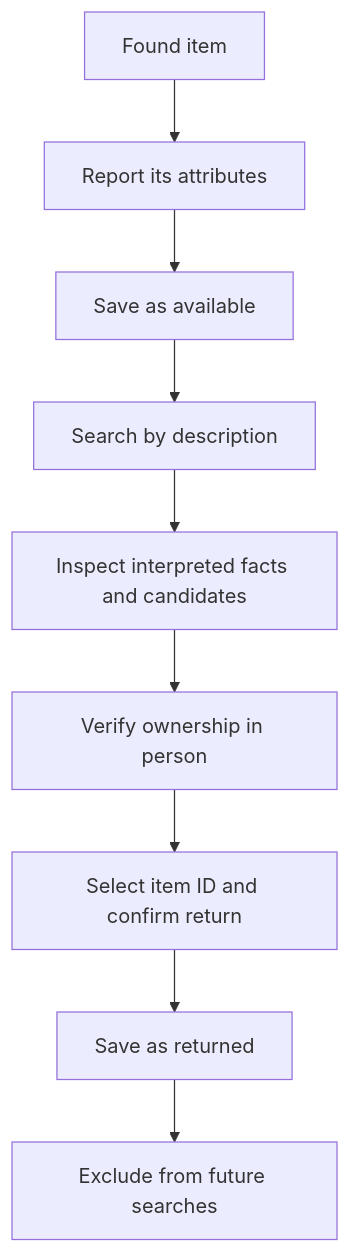
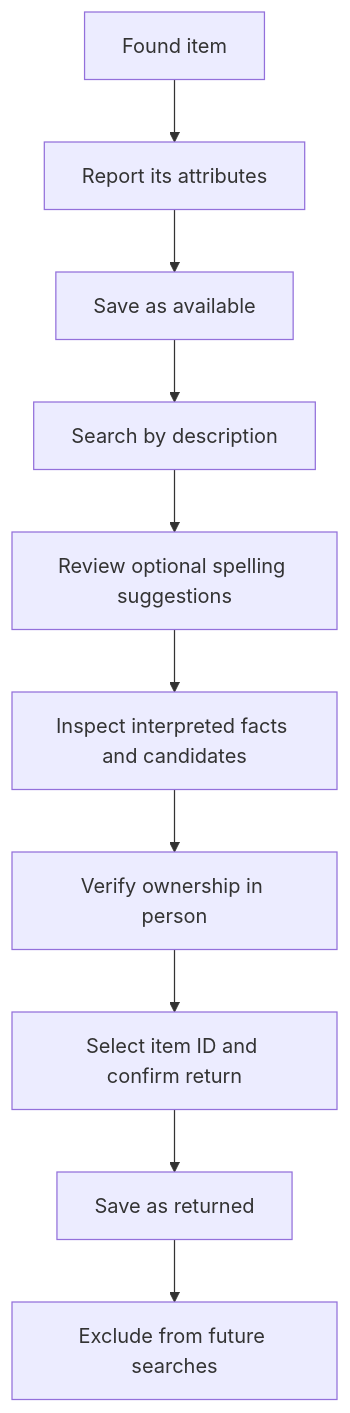
Before and after one commit to ananyajoshi-cseai/lost-and-found-smart-box: the second of 2 diagrams in README.md, drawn with Mermaid. The commit also changed other lines of this file, not shown here.

````diff
--- a/README.md
+++ b/README.md
@@ -167,11 +177,12 @@
 ```mermaid
 flowchart TD
     A["Found item"] --> B["Report its attributes"]
     B --> C["Save as available"]
     C --> D["Search by description"]
-    D --> E["Inspect interpreted facts and candidates"]
+    D --> J["Review optional spelling suggestions"]
+    J --> E["Inspect interpreted facts and candidates"]
     E --> F["Verify ownership in person"]
     F --> G["Select item ID and confirm return"]
     G --> H["Save as returned"]
     H --> I["Exclude from future searches"]
 ```
````
